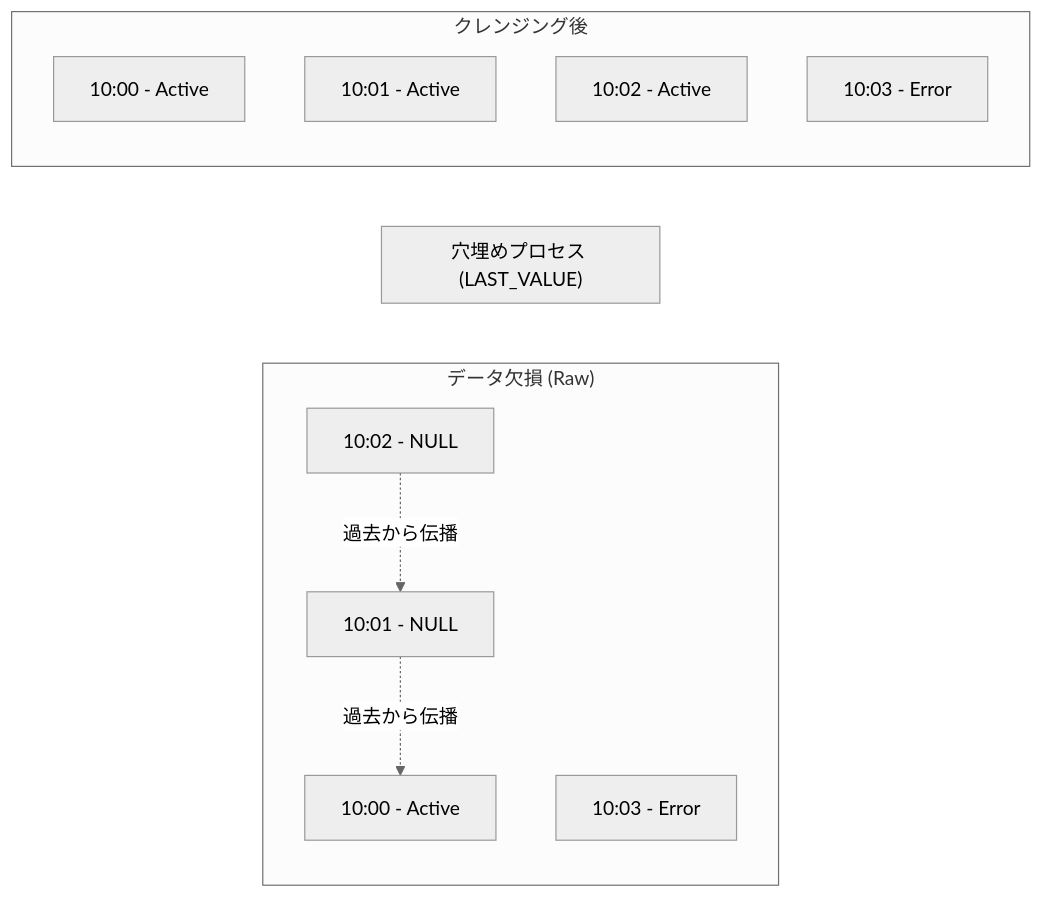
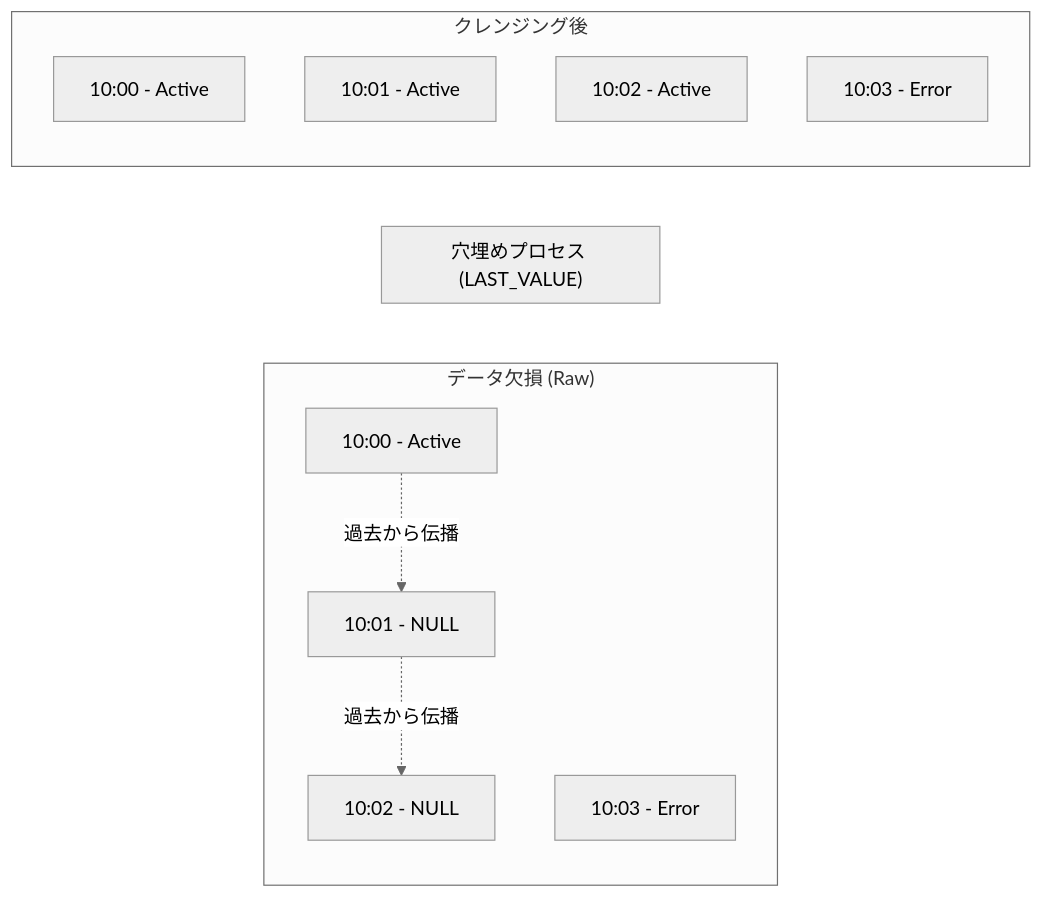
The diagram in Phase2/2.2_Gap_Filling_LEAD_LAG.md (r1ckey/study14), drawn with Mermaid (neutral theme) before and after one commit. The commit also changed 10 other files, not shown here.

````diff
--- a/Phase2/2.2_Gap_Filling_LEAD_LAG.md
+++ b/Phase2/2.2_Gap_Filling_LEAD_LAG.md
@@ -35,21 +35,21 @@
 ```mermaid
 graph LR
     subgraph Gap ["データ欠損 (Raw)"]
-        A[10:00 - Active]
-        B[10:01 - NULL]
-        C[10:02 - NULL]
-        D[10:03 - Error]
+        A["10:00 - Active"]
+        B["10:01 - NULL"]
+        C["10:02 - NULL"]
+        D["10:03 - Error"]
     end
 
     subgraph Filling ["穴埋めプロセス (LAST_VALUE)"]
-        B -.->|過去から伝播| A
-        C -.->|過去から伝播| B
+        A -.->|過去から伝播| B
+        B -.->|過去から伝播| C
     end
 
     subgraph Result ["クレンジング後"]
-        E[10:00 - Active]
-        F[10:01 - Active]
-        G[10:02 - Active]
-        H[10:03 - Error]
+        E["10:00 - Active"]
+        F["10:01 - Active"]
+        G["10:02 - Active"]
+        H["10:03 - Error"]
     end
 ```
````
